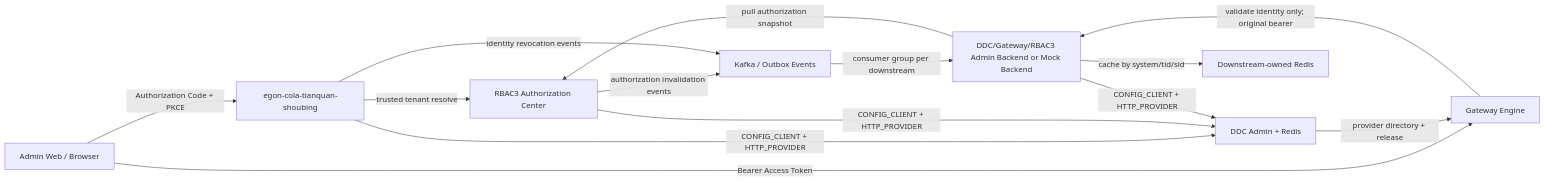
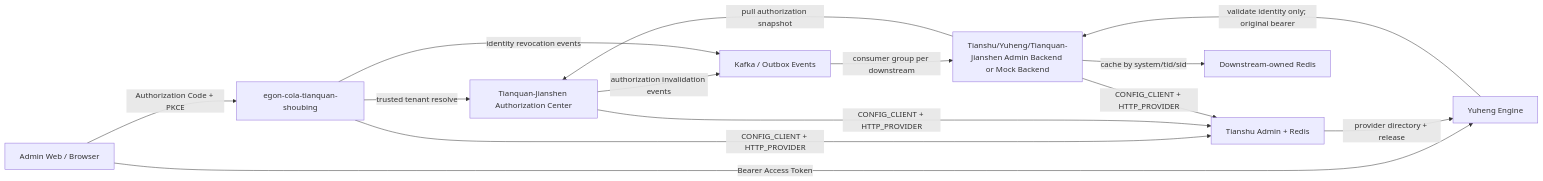
One commit to AllenDEricDAlexander/Egon-COLA changed the first of 2 diagrams in docs/superpowers/specs/2026-08-01-unified-identity-platform-design.md. Above: the diagram before and after it, drawn with Mermaid. The commit also changed other lines of this file and 233 other files, not shown here.

````diff
--- a/docs/superpowers/specs/2026-08-01-unified-identity-platform-design.md
+++ b/docs/superpowers/specs/2026-08-01-unified-identity-platform-design.md
@@ -136,25 +136,25 @@
 ```mermaid
 flowchart LR
     Browser["Admin Web / Browser"]
-    IdP["egon-cola-tianquan-shoubing"]
-    Gateway["Gateway Engine"]
-    DDC["DDC Admin + Redis"]
-    RBAC3["RBAC3 Authorization Center"]
-    Downstream["DDC/Gateway/RBAC3 Admin Backend or Mock Backend"]
+    Tianquan-Shoubing["egon-cola-tianquan-shoubing"]
+    Yuheng["Yuheng Engine"]
+    Tianshu["Tianshu Admin + Redis"]
+    Tianquan-Jianshen["Tianquan-Jianshen Authorization Center"]
+    Downstream["Tianshu/Yuheng/Tianquan-Jianshen Admin Backend or Mock Backend"]
     DownstreamRedis["Downstream-owned Redis"]
     Kafka["Kafka / Outbox Events"]
 
-    Browser -->|"Authorization Code + PKCE"| IdP
-    Browser -->|"Bearer Access Token"| Gateway
-    Gateway -->|"validate identity only; original bearer"| Downstream
-    IdP -->|"trusted tenant resolve"| RBAC3
-    Downstream -->|"pull authorization snapshot"| RBAC3
+    Browser -->|"Authorization Code + PKCE"| Tianquan-Shoubing
+    Browser -->|"Bearer Access Token"| Yuheng
+    Yuheng -->|"validate identity only; original bearer"| Downstream
+    Tianquan-Shoubing -->|"trusted tenant resolve"| Tianquan-Jianshen
+    Downstream -->|"pull authorization snapshot"| Tianquan-Jianshen
     Downstream -->|"cache by system/tid/sid"| DownstreamRedis
-    RBAC3 -->|"authorization invalidation events"| Kafka
+    Tianquan-Jianshen -->|"authorization invalidation events"| Kafka
     Kafka -->|"consumer group per downstream"| Downstream
-    IdP -->|"identity revocation events"| Kafka
-    IdP -->|"CONFIG_CLIENT + HTTP_PROVIDER"| DDC
-    RBAC3 -->|"CONFIG_CLIENT + HTTP_PROVIDER"| DDC
-    Downstream -->|"CONFIG_CLIENT + HTTP_PROVIDER"| DDC
-    DDC -->|"provider directory + release"| Gateway
+    Tianquan-Shoubing -->|"identity revocation events"| Kafka
+    Tianquan-Shoubing -->|"CONFIG_CLIENT + HTTP_PROVIDER"| Tianshu
+    Tianquan-Jianshen -->|"CONFIG_CLIENT + HTTP_PROVIDER"| Tianshu
+    Downstream -->|"CONFIG_CLIENT + HTTP_PROVIDER"| Tianshu
+    Tianshu -->|"provider directory + release"| Yuheng
 ```
````
